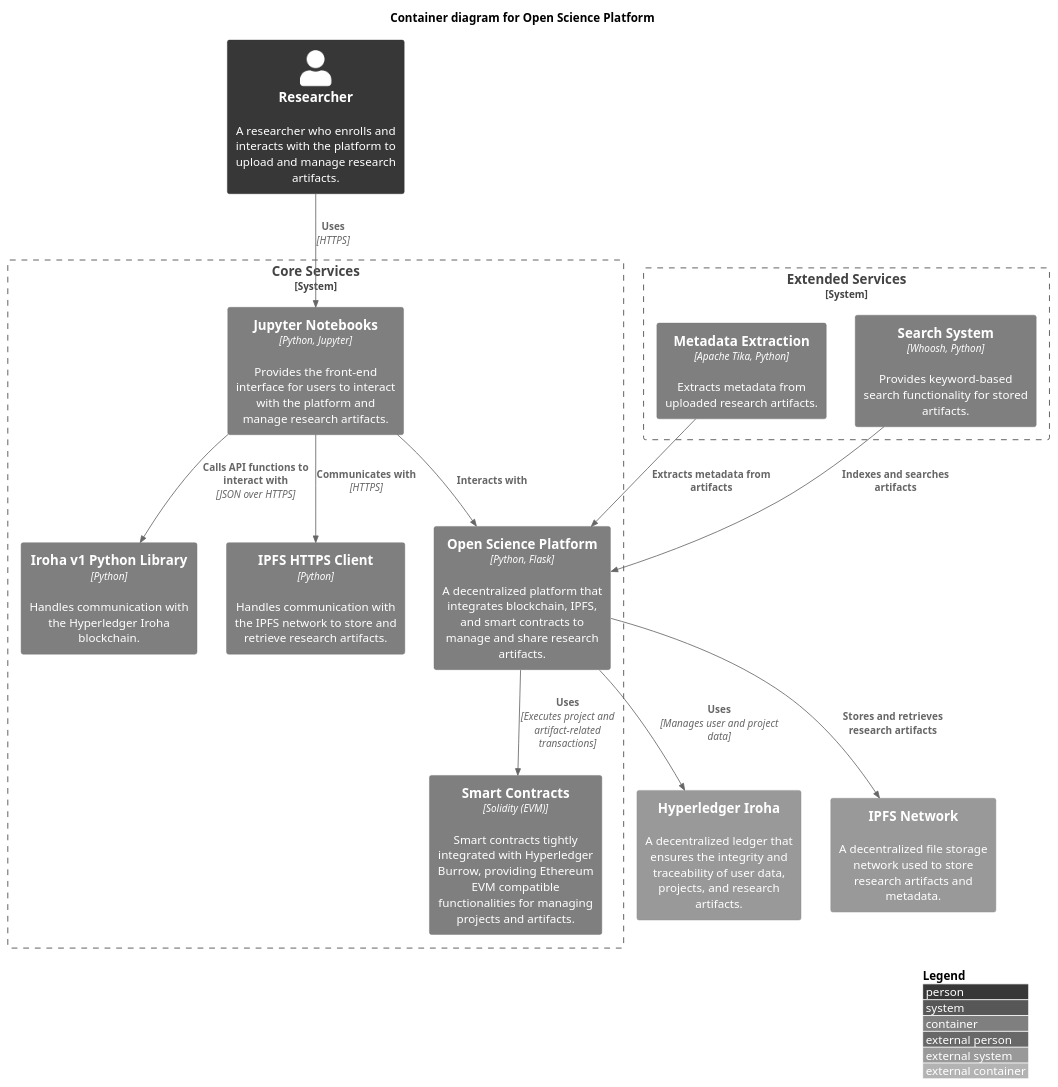
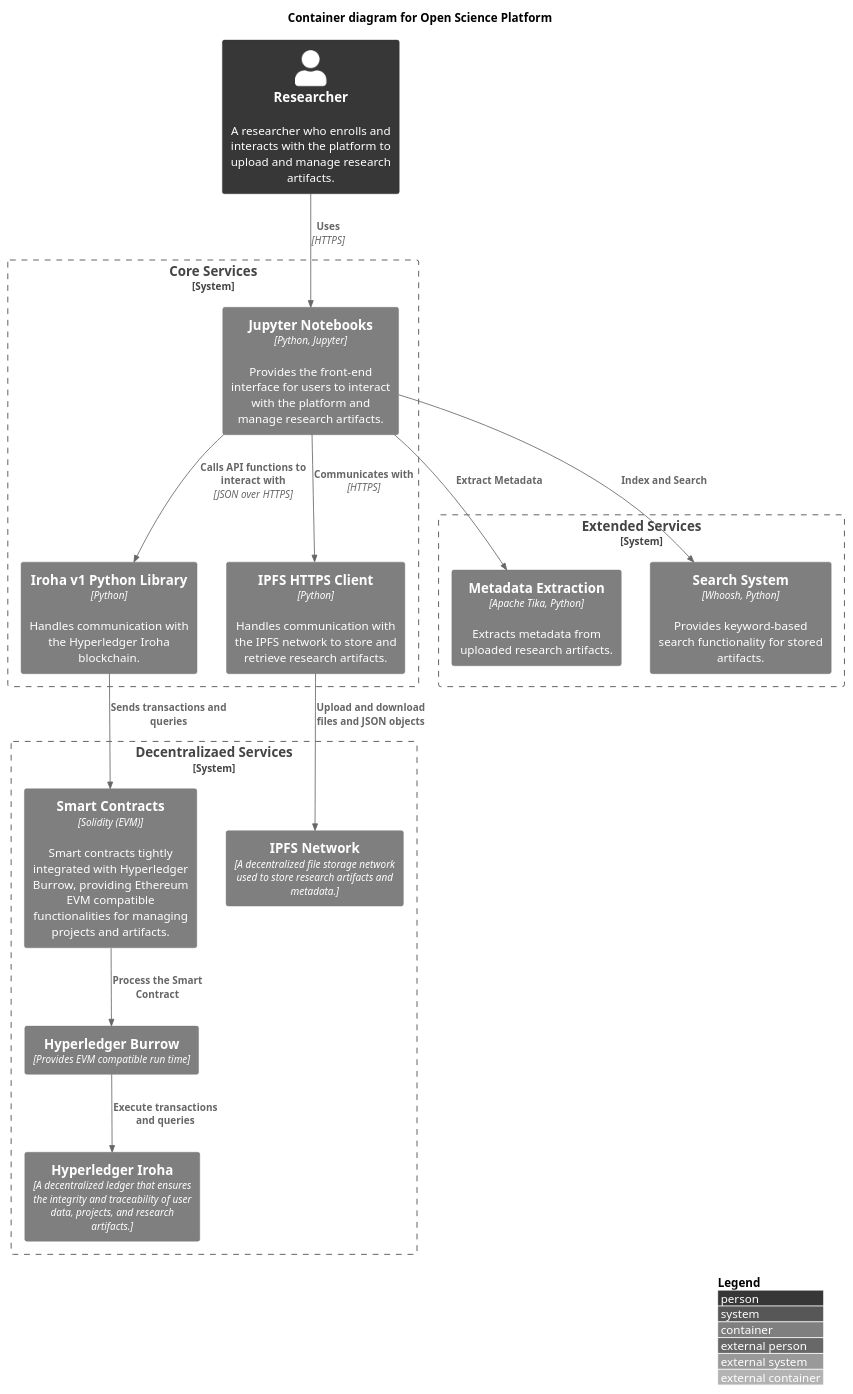
One commit to OliveiraEdu/d-OSP changed the diagram in diagrams/plantUML/c4_container_diagram.wsd. Above: the diagram before and after it, drawn with PlantUML. The commit also changed 11 other files, not shown here.

```diff
--- a/diagrams/plantUML/c4_container_diagram.wsd
+++ b/diagrams/plantUML/c4_container_diagram.wsd
@@ -1,39 +1,42 @@
 @startuml
 !include https://raw.githubusercontent.com/plantuml-stdlib/C4-PlantUML/master/C4_Container.puml
 ' uncomment the following line and comment the first to use locally
 ' !include C4_Container.puml
 
 skinparam monochrome true
 
 LAYOUT_WITH_LEGEND()
 
 title Container diagram for Open Science Platform
 
 Person(researcher, "Researcher", "A researcher who enrolls and interacts with the platform to upload and manage research artifacts.")
 
 System_Boundary(core_services, "Core Services") {
-    Container(open_science_platform, "Open Science Platform", "Python, Flask", "A decentralized platform that integrates blockchain, IPFS, and smart contracts to manage and share research artifacts.")
     Container(jupyter_notebooks, "Jupyter Notebooks", "Python, Jupyter", "Provides the front-end interface for users to interact with the platform and manage research artifacts.")
     Container(iroha_python_lib, "Iroha v1 Python Library", "Python", "Handles communication with the Hyperledger Iroha blockchain.")
     Container(ipfs_https_client, "IPFS HTTPS Client", "Python", "Handles communication with the IPFS network to store and retrieve research artifacts.")
-    Container(smart_contracts, "Smart Contracts", "Solidity (EVM)", "Smart contracts tightly integrated with Hyperledger Burrow, providing Ethereum EVM compatible functionalities for managing projects and artifacts.")
+    
 }
 
 System_Boundary(extended_services, "Extended Services") {
     Container(metadata_extraction, "Metadata Extraction", "Apache Tika, Python", "Extracts metadata from uploaded research artifacts.")
     Container(search_system, "Search System", "Whoosh, Python", "Provides keyword-based search functionality for stored artifacts.")
 }
 
-System_Ext(blockchain, "Hyperledger Iroha", "A decentralized ledger that ensures the integrity and traceability of user data, projects, and research artifacts.")
-System_Ext(ipfs, "IPFS Network", "A decentralized file storage network used to store research artifacts and metadata.")
+System_Boundary(decentralized_services, "Decentralizaed Services"){
+    Container(blockchain, "Hyperledger Iroha", "A decentralized ledger that ensures the integrity and traceability of user data, projects, and research artifacts.")
+    Container(ipfs, "IPFS Network", "A decentralized file storage network used to store research artifacts and metadata.")
+    Container(smart_contracts, "Smart Contracts", "Solidity (EVM)", "Smart contracts tightly integrated with Hyperledger Burrow, providing Ethereum EVM compatible functionalities for managing projects and artifacts.")
+    Container(burrow, "Hyperledger Burrow", "Provides EVM compatible run time")
+}
 
 Rel(researcher, jupyter_notebooks, "Uses", "HTTPS")
-Rel(jupyter_notebooks, open_science_platform, "Interacts with")
 Rel(jupyter_notebooks, iroha_python_lib, "Calls API functions to interact with", "JSON over HTTPS")
 Rel(jupyter_notebooks, ipfs_https_client, "Communicates with", "HTTPS")
-Rel(open_science_platform, blockchain, "Uses", "Manages user and project data")
-Rel(open_science_platform, ipfs, "Stores and retrieves research artifacts")
-Rel(open_science_platform, smart_contracts, "Uses", "Executes project and artifact-related transactions")
-Rel(metadata_extraction, open_science_platform, "Extracts metadata from artifacts")
-Rel(search_system, open_science_platform, "Indexes and searches artifacts")
+Rel(iroha_python_lib, smart_contracts, "Sends transactions and queries")
+Rel(smart_contracts, burrow, "Process the Smart Contract")
+Rel(ipfs_https_client, ipfs, "Upload and download files and JSON objects")
+Rel(jupyter_notebooks, metadata_extraction, "Extract Metadata")
+Rel(jupyter_notebooks, search_system, "Index and Search")
+Rel(burrow, blockchain, "Execute transactions and queries")
 @enduml
```
